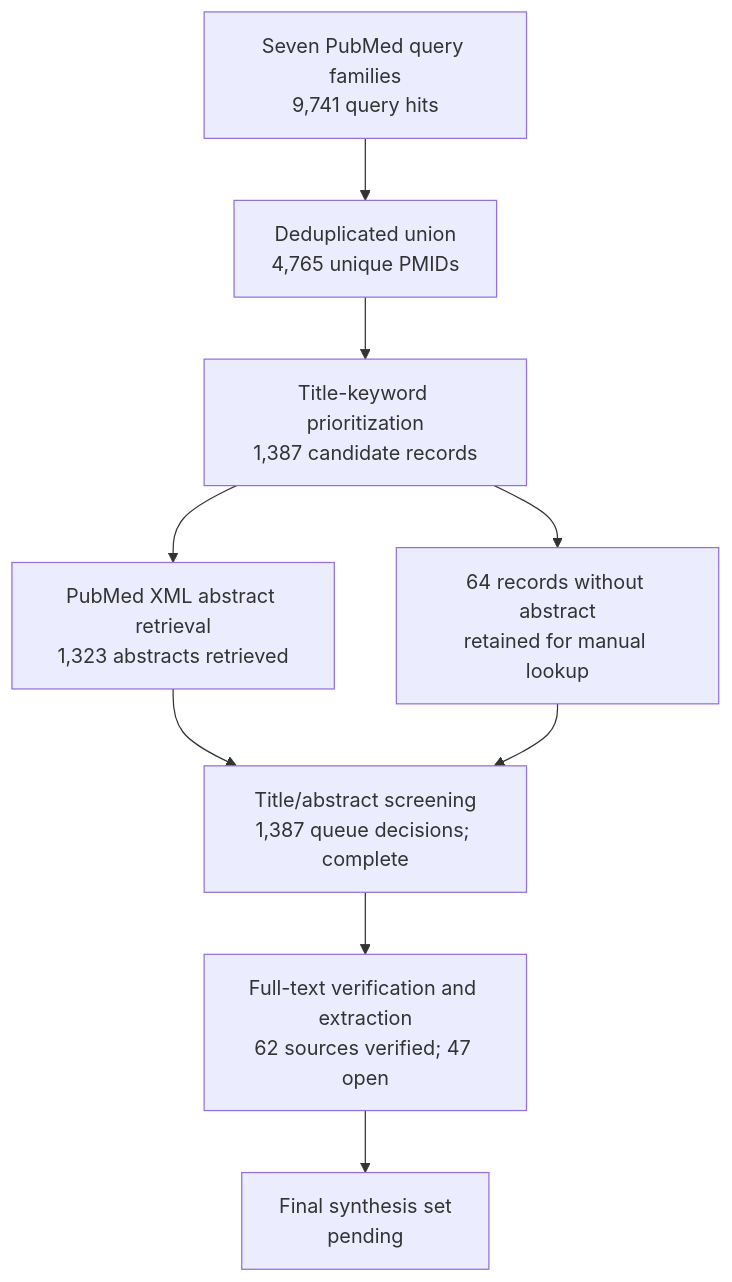
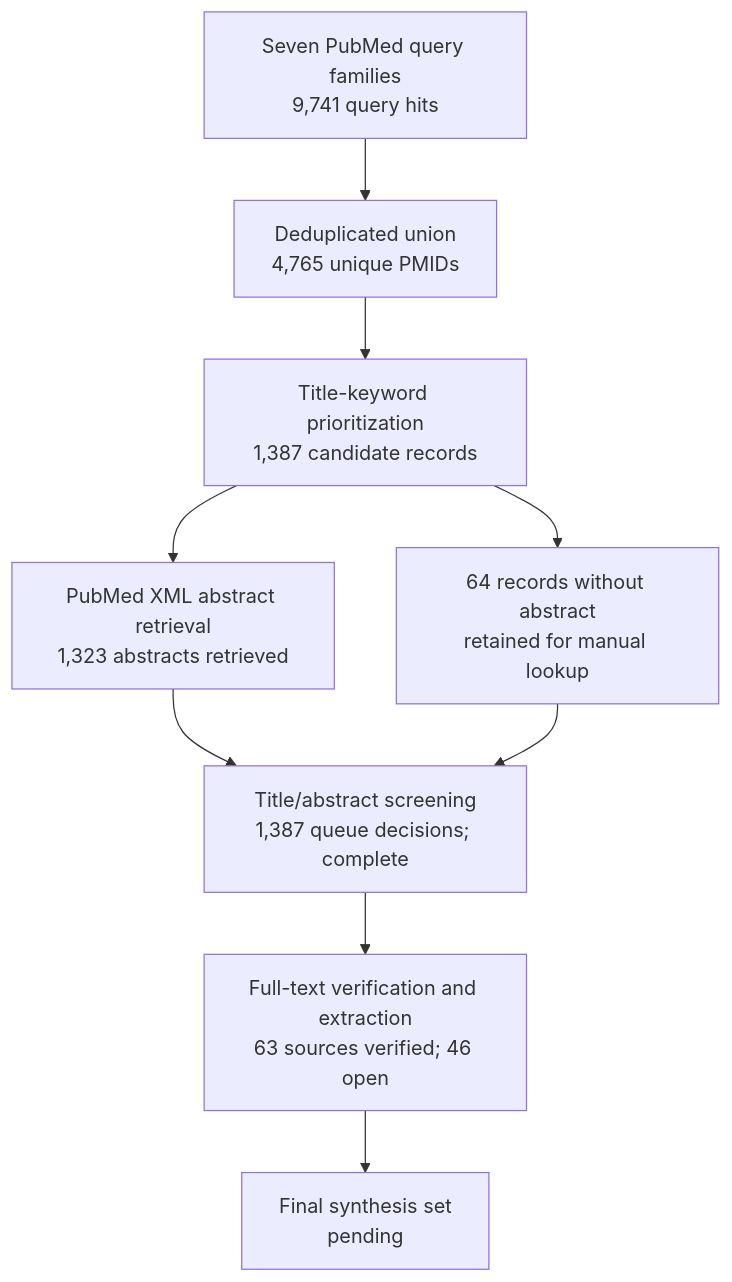
One commit to dcmcshan/artemisia changed the diagram in manuscript/review-flow.md. Above: the diagram before and after it, drawn with Mermaid. The commit also changed other lines of this file and 13 other files, not shown here.

````diff
--- a/manuscript/review-flow.md
+++ b/manuscript/review-flow.md
@@ -5,11 +5,11 @@
 ```mermaid
 flowchart TB
   Q[Seven PubMed query families<br/>9,741 query hits] --> U[Deduplicated union<br/>4,765 unique PMIDs]
   U --> T[Title-keyword prioritization<br/>1,387 candidate records]
   T --> A[PubMed XML abstract retrieval<br/>1,323 abstracts retrieved]
   T --> N[64 records without abstract<br/>retained for manual lookup]
   A --> M[Title/abstract screening<br/>1,387 queue decisions; complete]
   N --> M
-  M --> F[Full-text verification and extraction<br/>62 sources verified; 47 open]
+  M --> F[Full-text verification and extraction<br/>63 sources verified; 46 open]
   F --> S[Final synthesis set<br/>pending]
 ```
````
